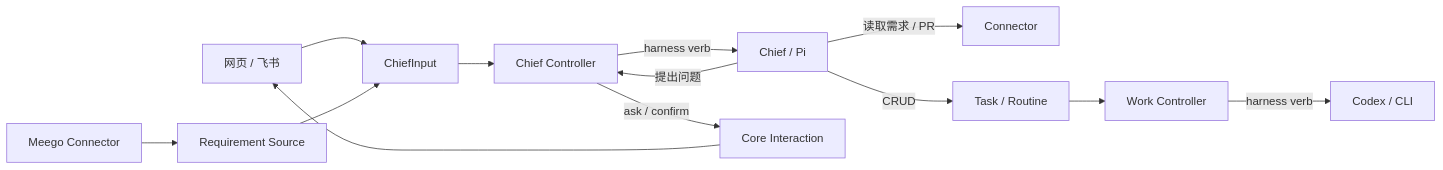
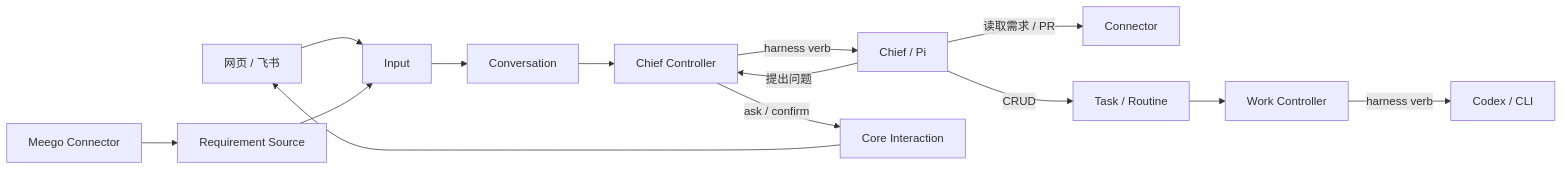
The diagram in docs/chief.md (compforge/aide), drawn with Mermaid before and after one commit. The commit also changed other lines of this file and 23 other files, not shown here.

````diff
--- a/docs/chief.md
+++ b/docs/chief.md
@@ -5,15 +5,16 @@
 ```mermaid
 flowchart LR
-  Channel[网页 / 飞书] --> Input[ChiefInput]
+  Channel[网页 / 飞书] --> Input[Input]
   Meego[Meego Connector] --> Source[Requirement Source]
   Source --> Input
-  Input --> Controller[Chief Controller]
+  Input --> Conversation[Conversation]
+  Conversation --> Controller[Chief Controller]
   Controller -->|harness verb| Pi[Chief / Pi]
   Pi -->|读取需求 / PR| Connector[Connector]
   Pi -->|CRUD| Work[Task / Routine]
   Pi -->|提出问题| Controller
   Controller -->|ask / confirm| Interaction[Core Interaction]
   Interaction --> Channel
   Work --> Reconcile[Work Controller]
   Reconcile -->|harness verb| Codex[Codex / CLI]
 ```
````
